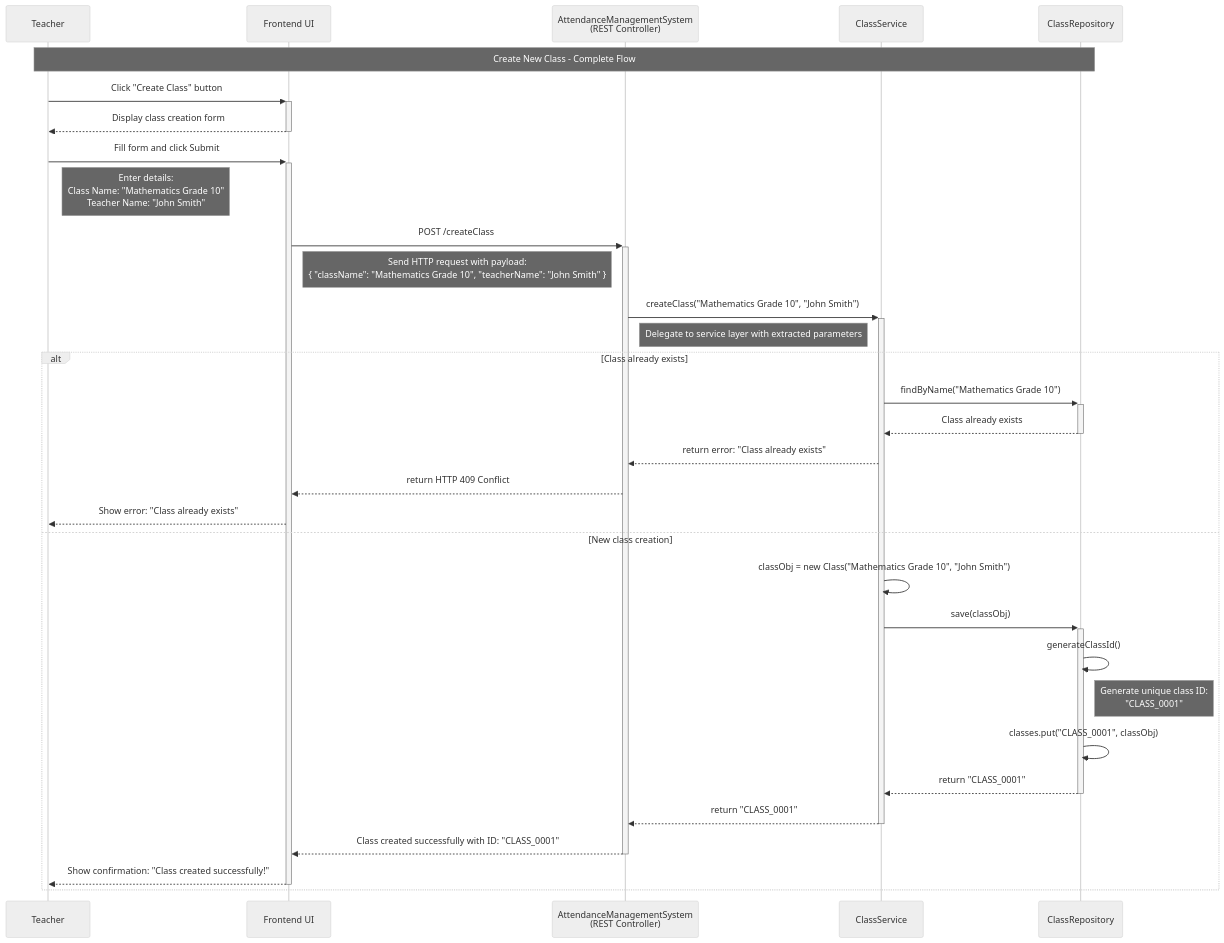
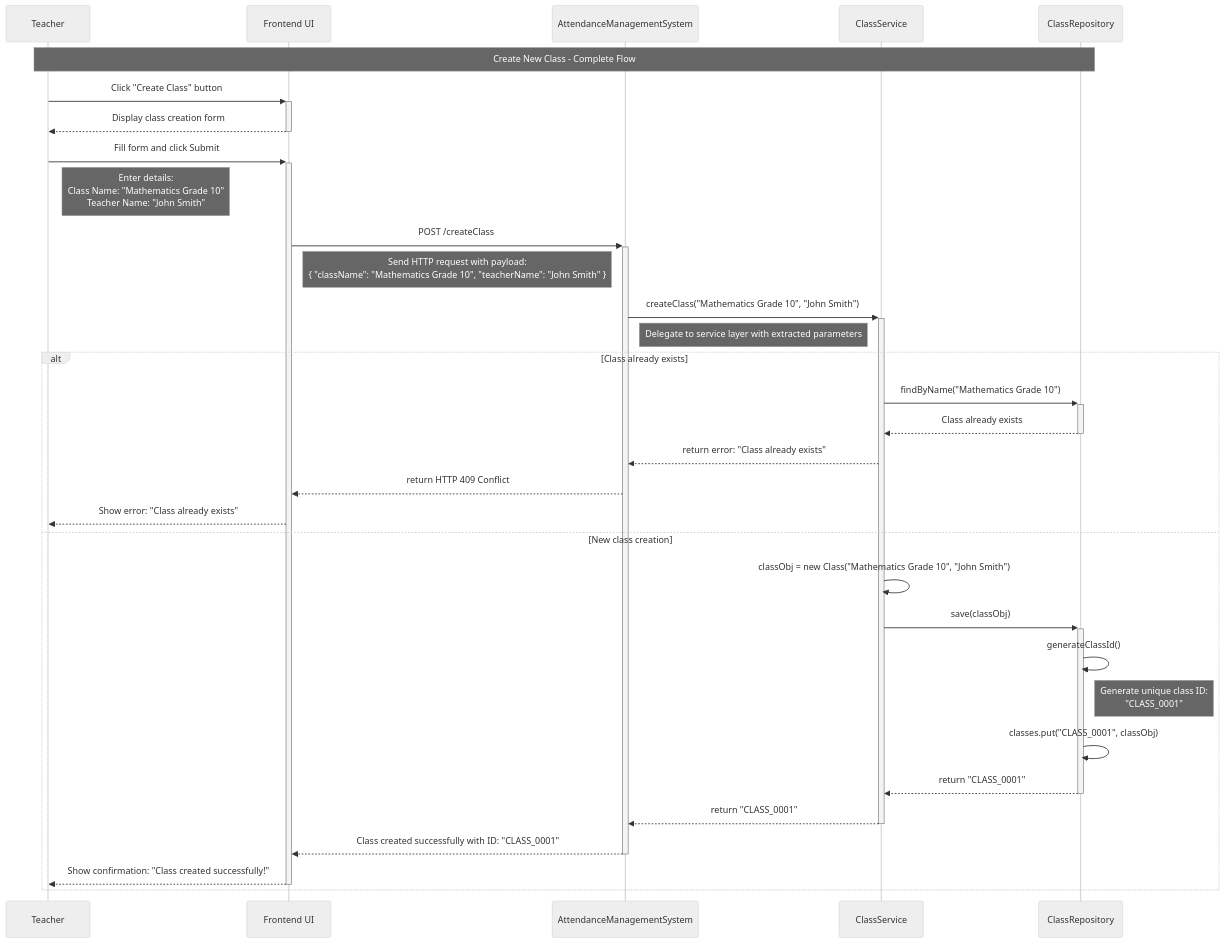
Before and after one commit to NishchayAnand/software-engineering: the first of 2 diagrams in Backend Engineering/Case Studies/Case Study 1. Attendance Management System/2. Sequence Flow.md, drawn with Mermaid (neutral theme). The commit also changed other lines of this file, not shown here.

````diff
--- a/Backend Engineering/Case Studies/Case Study 1. Attendance Management System/2. Sequence Flow.md
+++ b/Backend Engineering/Case Studies/Case Study 1. Attendance Management System/2. Sequence Flow.md
@@ -21,40 +21,40 @@
 ```mermaid
 sequenceDiagram
 	participant T as Teacher
 	participant UI as Frontend UI
-	participant AMS as AttendanceManagementSystem<br/>(REST Controller)
+	participant AMS as AttendanceManagementSystem
 	participant CS as ClassService
 	participant CR as ClassRepository
 
 	Note over T,CR: Create New Class - Complete Flow
 
 	T->>+UI: Click "Create Class" button
 	UI-->>-T: Display class creation form
 
 	T->>+UI: Fill form and click Submit
 	Note right of T: Enter details:<br/>Class Name: "Mathematics Grade 10"<br/>Teacher Name: "John Smith"
 
 	UI->>+AMS: POST /createClass
 	Note right of UI: Send HTTP request with payload:<br/>{ "className": "Mathematics Grade 10", "teacherName": "John Smith" }
 
 	AMS->>+CS: createClass("Mathematics Grade 10", "John Smith")
 	Note right of AMS: Delegate to service layer with extracted parameters
 
 	alt Class already exists
 		CS->>+CR: findByName("Mathematics Grade 10")
 		CR-->>-CS: Class already exists
 		CS-->>AMS: return error: "Class already exists"
 		AMS-->>UI: return HTTP 409 Conflict
 		UI-->>T: Show error: "Class already exists"
 	else New class creation
 		CS->>CS: classObj = new Class("Mathematics Grade 10", "John Smith")
 		CS->>+CR: save(classObj)
 		CR->>CR: generateClassId()
 		Note right of CR: Generate unique class ID: <br/> "CLASS_0001"
 		CR->>CR: classes.put("CLASS_0001", classObj)
 		CR-->>-CS: return "CLASS_0001"
 		CS-->>-AMS: return "CLASS_0001"
 		AMS-->>-UI: Class created successfully with ID: "CLASS_0001"
 		UI-->>-T: Show confirmation: "Class created successfully!"
 	end
 ```
````
